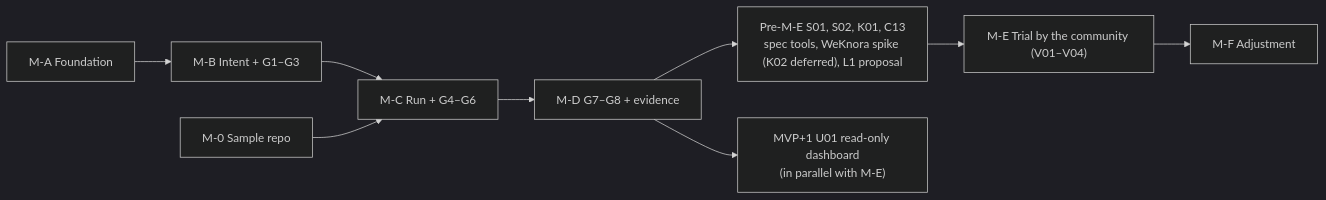
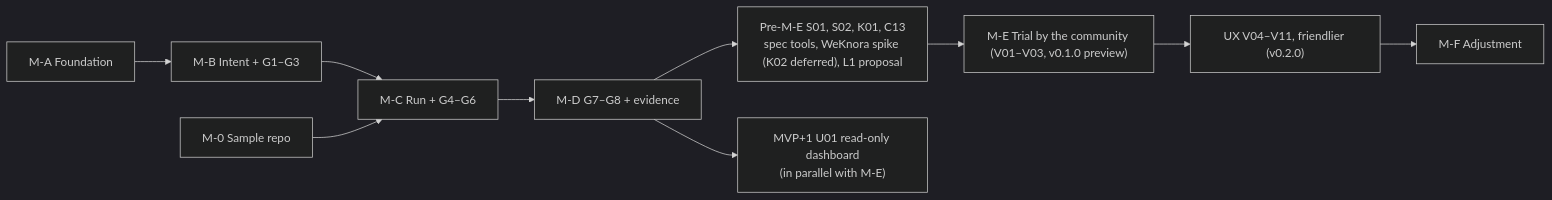
Before and after one commit to hoanghainh1188/agentic-sdlc-framework: the diagram in design/D-08-mvp-backlog.md, drawn with Mermaid (dark theme). The commit also changed other lines of this file and 10 other files, not shown here.

````diff
--- a/design/D-08-mvp-backlog.md
+++ b/design/D-08-mvp-backlog.md
@@ -52,11 +53,12 @@
 ```mermaid
 flowchart LR
     MA["M-A Foundation"] --> MB["M-B Intent + G1–G3"]
     MB --> MC["M-C Run + G4–G6"]
     M0["M-0 Sample repo"] --> MC
     MC --> MD["M-D G7–G8 + evidence"]
     MD --> MP["Pre-M-E S01, S02, K01, C13<br/>spec tools, WeKnora spike (K02 deferred), L1 proposal"]
-    MP --> ME["M-E Trial by the community (V01–V04)"]
-    ME --> MF["M-F Adjustment"]
+    MP --> ME["M-E Trial by the community (V01–V03, v0.1.0 preview)"]
+    ME --> UX["UX V04–V11, friendlier (v0.2.0)"]
+    UX --> MF["M-F Adjustment"]
     MD --> MU["MVP+1 U01 read-only dashboard<br/>(in parallel with M-E)"]
 ```
````
